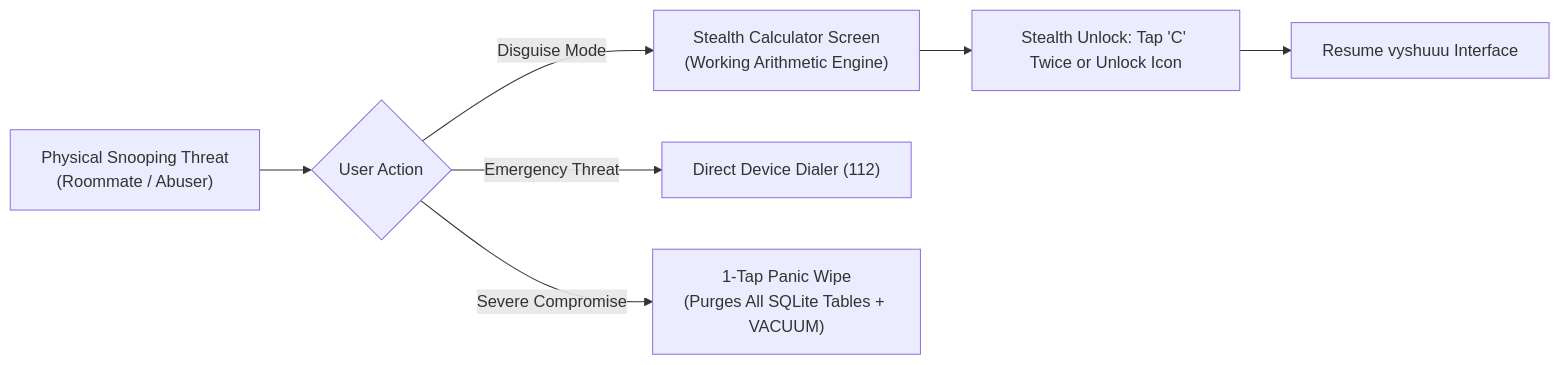
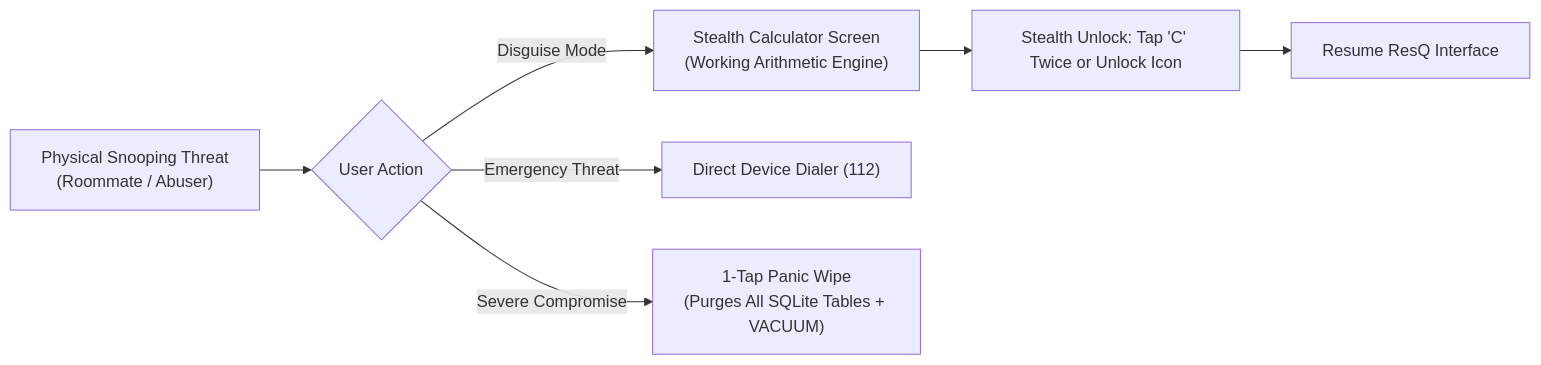
Before and after one commit to KatkamKoushik/Vyshuuu-Unified-Women-Safety-Action-Platform: the third of 4 diagrams in README.md, drawn with Mermaid. The commit also changed other lines of this file and 59 other files, not shown here.

````diff
--- a/README.md
+++ b/README.md
@@ -133,11 +133,11 @@
 ```mermaid
 flowchart LR
     Threat["Physical Snooping Threat<br/>(Roommate / Abuser)"] --> Action{"User Action"}
     
     Action -->|"Disguise Mode"| Calc["Stealth Calculator Screen<br/>(Working Arithmetic Engine)"]
     Action -->|"Emergency Threat"| Dial["Direct Device Dialer (112)"]
     Action -->|"Severe Compromise"| Wipe["1-Tap Panic Wipe<br/>(Purges All SQLite Tables + VACUUM)"]
 
     Calc --> SecretUnlock["Stealth Unlock: Tap 'C' Twice or Unlock Icon"]
-    SecretUnlock --> RestoreApp["Resume vyshuuu Interface"]
+    SecretUnlock --> RestoreApp["Resume ResQ Interface"]
 ```
````
